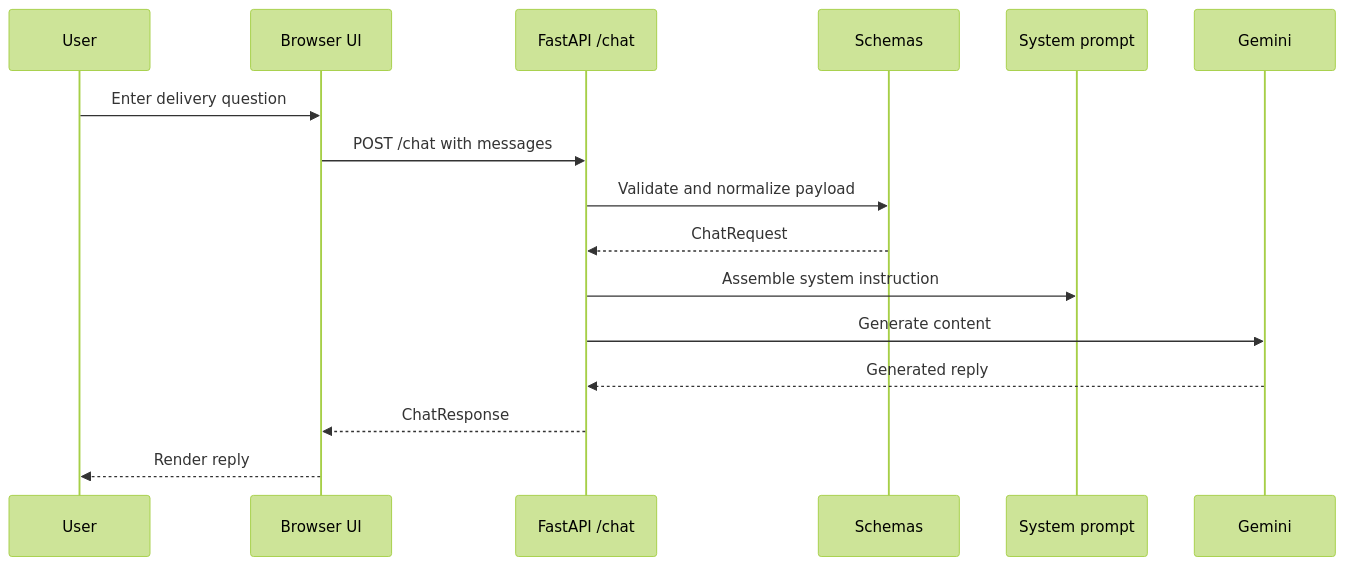
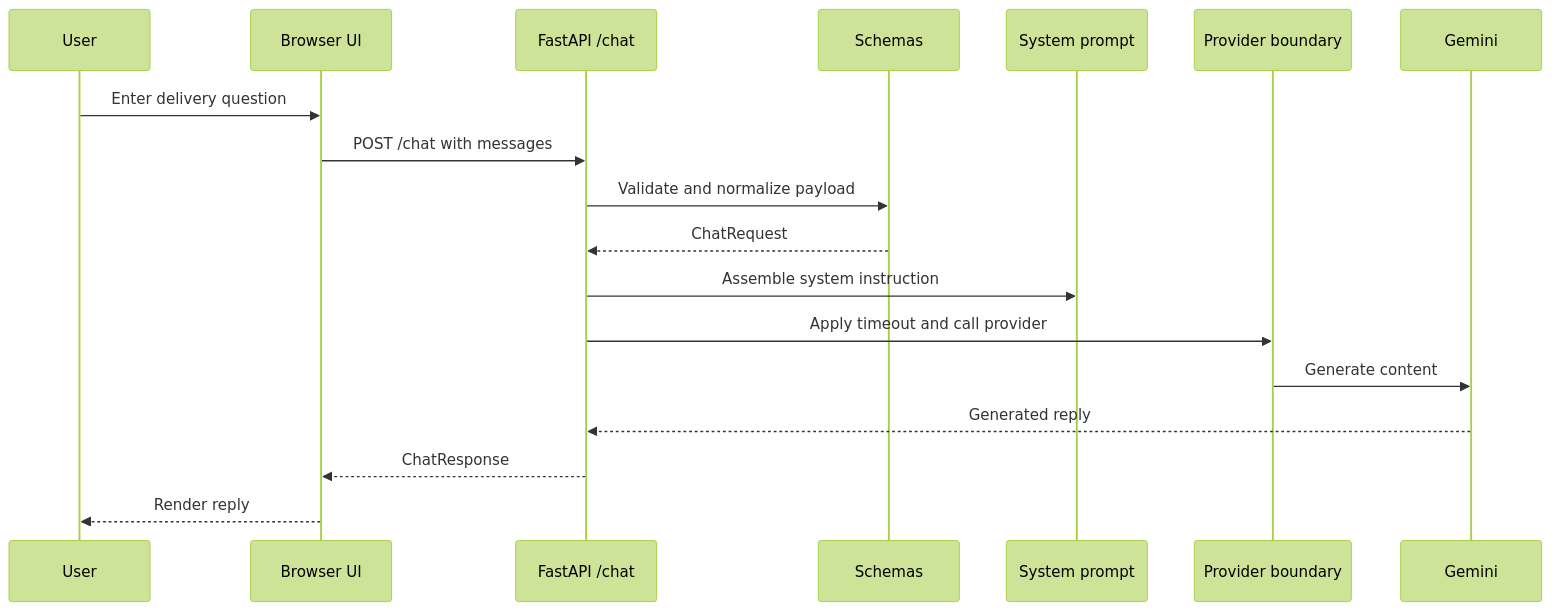
The second of 2 diagrams in README.md (YahyaGhallali/AI-Engineering-ProblemSolving), drawn with Mermaid (forest theme) before and after one commit. The commit also changed other lines of this file and 8 other files, not shown here.

````diff
--- a/README.md
+++ b/README.md
@@ -25,18 +26,20 @@
 ```mermaid
 sequenceDiagram
     participant U as User
     participant UI as Browser UI
     participant API as FastAPI /chat
     participant S as Schemas
     participant P as System prompt
+    participant B as Provider boundary
     participant L as Gemini
     U->>UI: Enter delivery question
     UI->>API: POST /chat with messages
     API->>S: Validate and normalize payload
     S-->>API: ChatRequest
     API->>P: Assemble system instruction
-    API->>L: Generate content
+    API->>B: Apply timeout and call provider
+    B->>L: Generate content
     L-->>API: Generated reply
     API-->>UI: ChatResponse
     UI-->>U: Render reply
 ```
````
